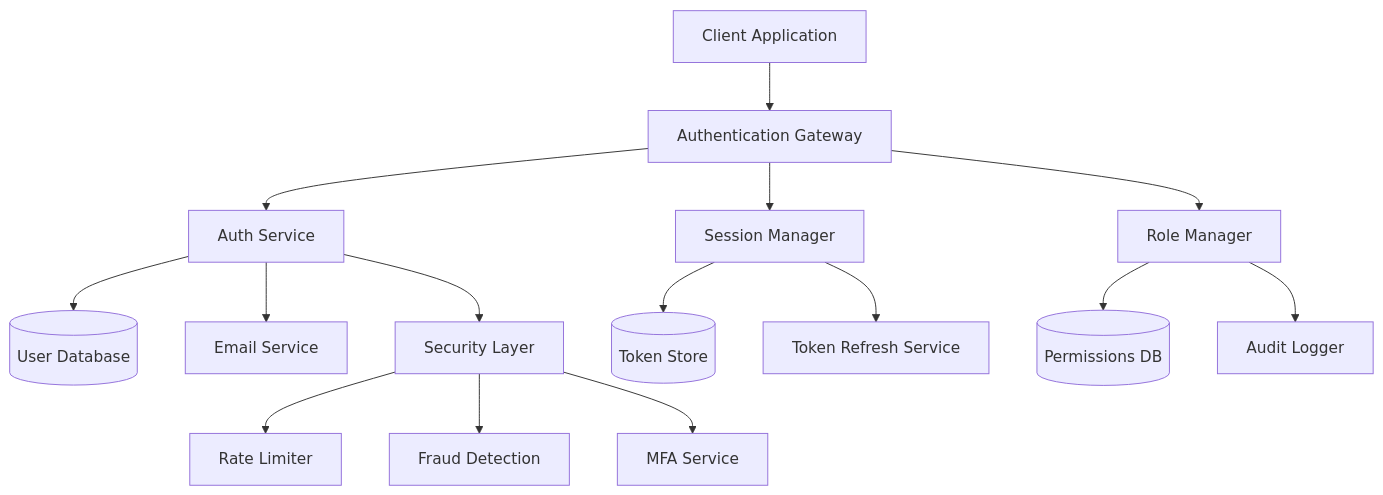
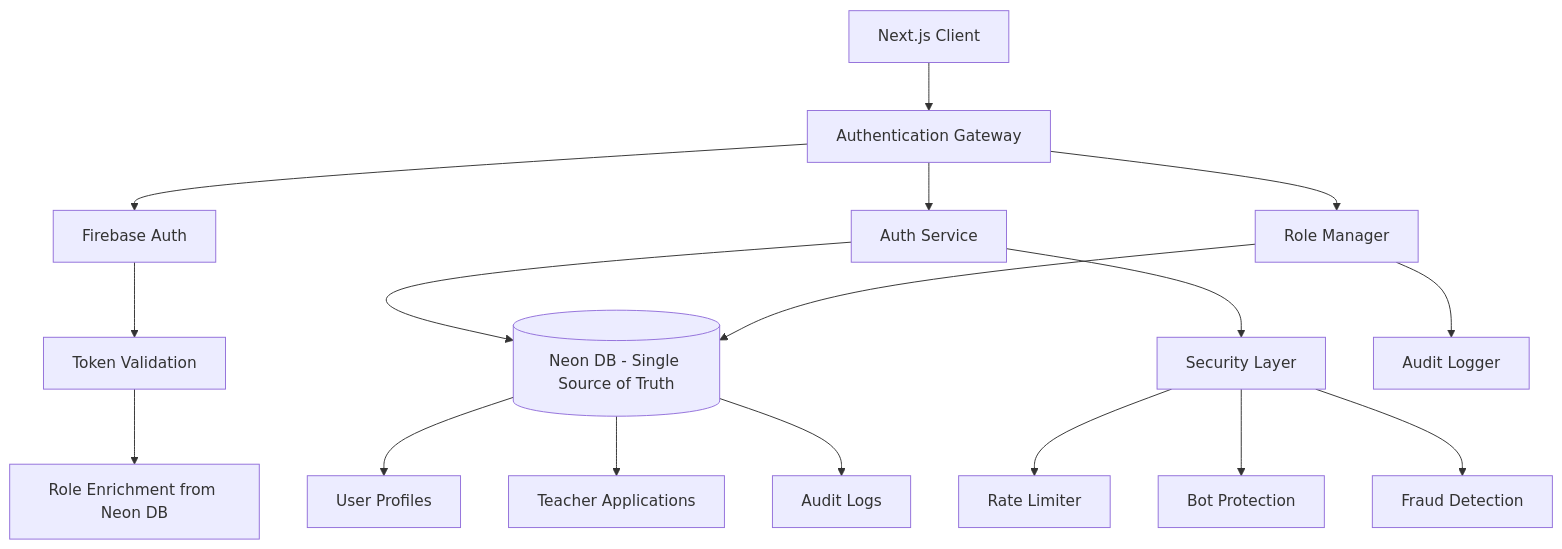
One commit to Wosmos/learnity-fyp changed the diagram in .kiro/specs/dedicated-auth-flow/design.md. Above: the diagram before and after it, drawn with Mermaid. The commit also changed other lines of this file and 43 other files, not shown here.

````diff
--- a/.kiro/specs/dedicated-auth-flow/design.md
+++ b/.kiro/specs/dedicated-auth-flow/design.md
@@ -11,21 +11,24 @@
 ```mermaid
 graph TB
-    Client[Client Application] --> AuthGateway[Authentication Gateway]
+    Client[Next.js Client] --> AuthGateway[Authentication Gateway]
+    AuthGateway --> FirebaseAuth[Firebase Auth]
     AuthGateway --> AuthService[Auth Service]
-    AuthGateway --> SessionManager[Session Manager]
     AuthGateway --> RoleManager[Role Manager]
     
-    AuthService --> UserDB[(User Database)]
-    AuthService --> EmailService[Email Service]
+    AuthService --> NeonDB[(Neon DB - Single Source of Truth)]
     AuthService --> SecurityLayer[Security Layer]
     
-    SessionManager --> TokenStore[(Token Store)]
-    SessionManager --> RefreshService[Token Refresh Service]
+    FirebaseAuth --> TokenValidation[Token Validation]
+    TokenValidation --> RoleEnrichment[Role Enrichment from Neon DB]
     
-    RoleManager --> PermissionDB[(Permissions DB)]
+    RoleManager --> NeonDB
     RoleManager --> AuditLogger[Audit Logger]
     
     SecurityLayer --> RateLimiter[Rate Limiter]
+    SecurityLayer --> BotProtection[Bot Protection]
     SecurityLayer --> FraudDetection[Fraud Detection]
-    SecurityLayer --> MFAService[MFA Service]
+    
+    NeonDB --> UserProfiles[User Profiles]
+    NeonDB --> TeacherApplications[Teacher Applications]
+    NeonDB --> AuditLogs[Audit Logs]
 ```
````
